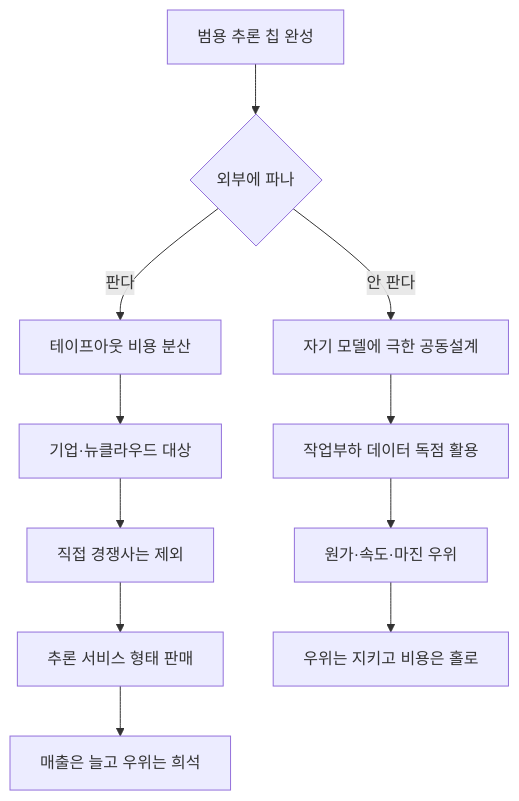
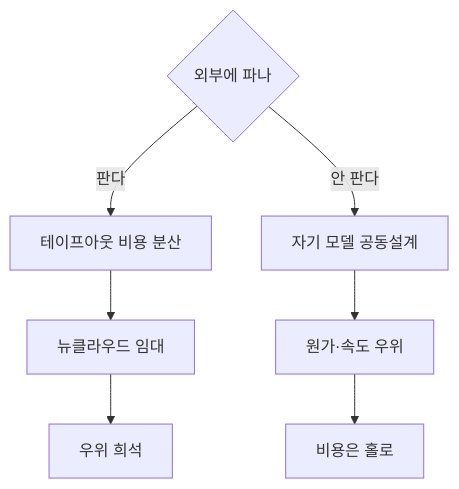
The second of 7 diagrams in insights/frames/exp/2026-08-27-openai-jalapeno-strategy-opus.md (yohan4477/semi-report), drawn with Mermaid before and after one commit. The commit also changed other lines of this file and 1 other file, not shown here.

````diff
--- a/insights/frames/exp/2026-08-27-openai-jalapeno-strategy-opus.md
+++ b/insights/frames/exp/2026-08-27-openai-jalapeno-strategy-opus.md
@@ -85,13 +85,10 @@
 ```mermaid
 flowchart TD
-    A["범용 추론 칩 완성"] --> B{"외부에 파나"}
-    B -->|판다| C["테이프아웃 비용 분산"]
-    C --> D["기업·뉴클라우드 대상"]
-    D --> E["직접 경쟁사는 제외"]
-    E --> F["추론 서비스 형태 판매"]
-    B -->|안 판다| G["자기 모델에 극한 공동설계"]
-    G --> H["작업부하 데이터 독점 활용"]
-    H --> I["원가·속도·마진 우위"]
-    F --> J["매출은 늘고 우위는 희석"]
-    I --> K["우위는 지키고 비용은 홀로"]
+    Q{"외부에 파나"}
+    Q -->|판다| S1["테이프아웃 비용 분산"]
+    S1 --> S2["뉴클라우드 임대"]
+    S2 --> S3["우위 희석"]
+    Q -->|안 판다| N1["자기 모델 공동설계"]
+    N1 --> N2["원가·속도 우위"]
+    N2 --> N3["비용은 홀로"]
 ```
````
